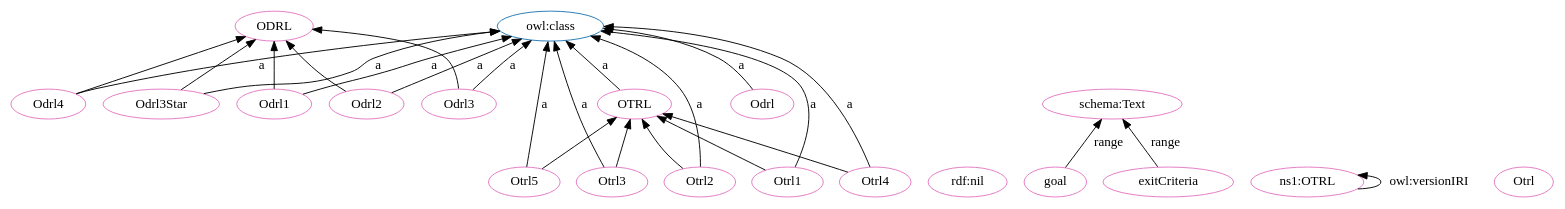
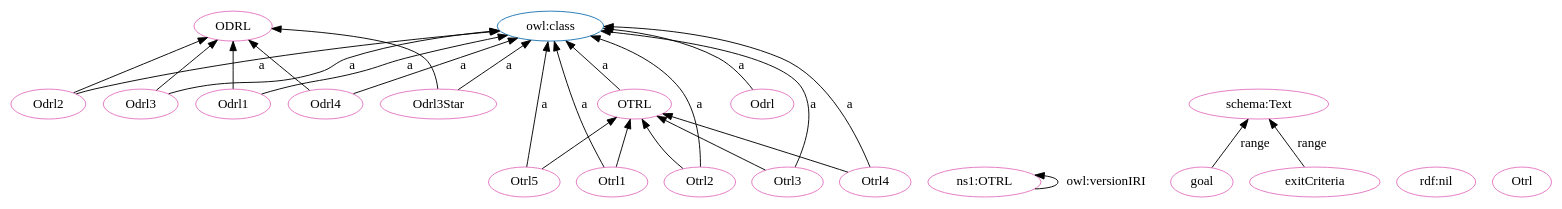
Before and after one commit to OPEN-NEXT/OKH-LOSH: the diagram in OTRL-clean.dot, drawn with Graphviz. The commit also changed other lines of this file and 15 other files, not shown here.

```diff
--- a/OTRL-clean.dot
+++ b/OTRL-clean.dot
@@ -1,51 +1,51 @@
 digraph G {
   rankdir=BT
   node[height=.3]
 "http://purl.org/oseg/ontologies/OTRL#OTRL" [fillcolor="#1f77b4" color="#1f77b4" label="OTRL"]
 "http://www.w3.org/2002/07/owl#class" [fillcolor="#1f77b4" color="#1f77b4" label="owl:class"]
 "http://purl.org/oseg/ontologies/OTRL#ODRL" [fillcolor="#1f77b4" color="#1f77b4" label="ODRL"]
+"http://purl.org/oseg/ontologies/OTRL" [fillcolor="#e377c2" color="#e377c2" label="ns1:OTRL"]
+"http://schema.org/Text" [fillcolor="#e377c2" color="#e377c2" label="schema:Text"]
+"http://purl.org/oseg/ontologies/OTRL#OTRL" [fillcolor="#e377c2" color="#e377c2" label="OTRL"]
+"http://purl.org/oseg/ontologies/OTRL#ODRL" [fillcolor="#e377c2" color="#e377c2" label="ODRL"]
+"http://purl.org/oseg/ontologies/OTRL#Odrl3" [fillcolor="#e377c2" color="#e377c2" label="Odrl3"]
 "http://www.w3.org/1999/02/22-rdf-syntax-ns#nil" [fillcolor="#e377c2" color="#e377c2" label="rdf:nil"]
-"http://purl.org/oseg/ontologies/OTRL#OTRL" [fillcolor="#e377c2" color="#e377c2" label="OTRL"]
-"http://purl.org/oseg/ontologies/OTRL#Odrl3Star" [fillcolor="#e377c2" color="#e377c2" label="Odrl3Star"]
 "http://purl.org/oseg/ontologies/OTRL#Otrl2" [fillcolor="#e377c2" color="#e377c2" label="Otrl2"]
+"http://purl.org/oseg/ontologies/OTRL#Odrl2" [fillcolor="#e377c2" color="#e377c2" label="Odrl2"]
 "http://purl.org/oseg/ontologies/OTRL#goal" [fillcolor="#e377c2" color="#e377c2" label="goal"]
-"http://purl.org/oseg/ontologies/OTRL#ODRL" [fillcolor="#e377c2" color="#e377c2" label="ODRL"]
 "http://purl.org/oseg/ontologies/OTRL#Odrl" [fillcolor="#e377c2" color="#e377c2" label="Odrl"]
 "http://purl.org/oseg/ontologies/OTRL#Odrl4" [fillcolor="#e377c2" color="#e377c2" label="Odrl4"]
-"http://schema.org/Text" [fillcolor="#e377c2" color="#e377c2" label="schema:Text"]
-"http://purl.org/oseg/ontologies/OTRL" [fillcolor="#e377c2" color="#e377c2" label="ns1:OTRL"]
+"http://purl.org/oseg/ontologies/OTRL#Otrl1" [fillcolor="#e377c2" color="#e377c2" label="Otrl1"]
+"http://purl.org/oseg/ontologies/OTRL#Otrl4" [fillcolor="#e377c2" color="#e377c2" label="Otrl4"]
+"http://purl.org/oseg/ontologies/OTRL#Otrl" [fillcolor="#e377c2" color="#e377c2" label="Otrl"]
+"http://purl.org/oseg/ontologies/OTRL#Odrl1" [fillcolor="#e377c2" color="#e377c2" label="Odrl1"]
+"http://purl.org/oseg/ontologies/OTRL#Otrl5" [fillcolor="#e377c2" color="#e377c2" label="Otrl5"]
 "http://purl.org/oseg/ontologies/OTRL#exitCriteria" [fillcolor="#e377c2" color="#e377c2" label="exitCriteria"]
-"http://purl.org/oseg/ontologies/OTRL#Odrl2" [fillcolor="#e377c2" color="#e377c2" label="Odrl2"]
+"http://purl.org/oseg/ontologies/OTRL#Odrl3Star" [fillcolor="#e377c2" color="#e377c2" label="Odrl3Star"]
 "http://purl.org/oseg/ontologies/OTRL#Otrl3" [fillcolor="#e377c2" color="#e377c2" label="Otrl3"]
-"http://purl.org/oseg/ontologies/OTRL#Odrl3" [fillcolor="#e377c2" color="#e377c2" label="Odrl3"]
-"http://purl.org/oseg/ontologies/OTRL#Otrl4" [fillcolor="#e377c2" color="#e377c2" label="Otrl4"]
-"http://purl.org/oseg/ontologies/OTRL#Otrl5" [fillcolor="#e377c2" color="#e377c2" label="Otrl5"]
-"http://purl.org/oseg/ontologies/OTRL#Odrl1" [fillcolor="#e377c2" color="#e377c2" label="Odrl1"]
-"http://purl.org/oseg/ontologies/OTRL#Otrl" [fillcolor="#e377c2" color="#e377c2" label="Otrl"]
-"http://purl.org/oseg/ontologies/OTRL#Otrl1" [fillcolor="#e377c2" color="#e377c2" label="Otrl1"]
+  "http://purl.org/oseg/ontologies/OTRL" -> "http://purl.org/oseg/ontologies/OTRL" [label="owl:versionIRI"]
+  "http://purl.org/oseg/ontologies/OTRL#Odrl3" -> "http://www.w3.org/2002/07/owl#class" [label="a"]
+  "http://purl.org/oseg/ontologies/OTRL#OTRL" -> "http://www.w3.org/2002/07/owl#class" [label="a"]
+  "http://purl.org/oseg/ontologies/OTRL#Otrl1" -> "http://www.w3.org/2002/07/owl#class" [label="a"]
+  "http://purl.org/oseg/ontologies/OTRL#Otrl4" -> "http://www.w3.org/2002/07/owl#class" [label="a"]
+  "http://purl.org/oseg/ontologies/OTRL#Otrl1" -> "http://purl.org/oseg/ontologies/OTRL#OTRL" [label=""]
+  "http://purl.org/oseg/ontologies/OTRL#Otrl3" -> "http://www.w3.org/2002/07/owl#class" [label="a"]
+  "http://purl.org/oseg/ontologies/OTRL#Odrl4" -> "http://purl.org/oseg/ontologies/OTRL#ODRL" [label=""]
+  "http://purl.org/oseg/ontologies/OTRL#Odrl" -> "http://www.w3.org/2002/07/owl#class" [label="a"]
+  "http://purl.org/oseg/ontologies/OTRL#goal" -> "http://schema.org/Text" [label="range"]
+  "http://purl.org/oseg/ontologies/OTRL#Otrl4" -> "http://purl.org/oseg/ontologies/OTRL#OTRL" [label=""]
+  "http://purl.org/oseg/ontologies/OTRL#Odrl2" -> "http://purl.org/oseg/ontologies/OTRL#ODRL" [label=""]
   "http://purl.org/oseg/ontologies/OTRL#Otrl2" -> "http://www.w3.org/2002/07/owl#class" [label="a"]
+  "http://purl.org/oseg/ontologies/OTRL#Odrl2" -> "http://www.w3.org/2002/07/owl#class" [label="a"]
+  "http://purl.org/oseg/ontologies/OTRL#exitCriteria" -> "http://schema.org/Text" [label="range"]
+  "http://purl.org/oseg/ontologies/OTRL#Otrl3" -> "http://purl.org/oseg/ontologies/OTRL#OTRL" [label=""]
+  "http://purl.org/oseg/ontologies/OTRL#Odrl4" -> "http://www.w3.org/2002/07/owl#class" [label="a"]
+  "http://purl.org/oseg/ontologies/OTRL#Odrl1" -> "http://purl.org/oseg/ontologies/OTRL#ODRL" [label=""]
+  "http://purl.org/oseg/ontologies/OTRL#Otrl2" -> "http://purl.org/oseg/ontologies/OTRL#OTRL" [label=""]
+  "http://purl.org/oseg/ontologies/OTRL#Odrl1" -> "http://www.w3.org/2002/07/owl#class" [label="a"]
+  "http://purl.org/oseg/ontologies/OTRL#Otrl5" -> "http://www.w3.org/2002/07/owl#class" [label="a"]
+  "http://purl.org/oseg/ontologies/OTRL#Odrl3Star" -> "http://purl.org/oseg/ontologies/OTRL#ODRL" [label=""]
   "http://purl.org/oseg/ontologies/OTRL#Odrl3" -> "http://purl.org/oseg/ontologies/OTRL#ODRL" [label=""]
-  "http://purl.org/oseg/ontologies/OTRL#OTRL" -> "http://www.w3.org/2002/07/owl#class" [label="a"]
-  "http://purl.org/oseg/ontologies/OTRL" -> "http://purl.org/oseg/ontologies/OTRL" [label="owl:versionIRI"]
-  "http://purl.org/oseg/ontologies/OTRL#Otrl2" -> "http://purl.org/oseg/ontologies/OTRL#OTRL" [label=""]
-  "http://purl.org/oseg/ontologies/OTRL#goal" -> "http://schema.org/Text" [label="range"]
-  "http://purl.org/oseg/ontologies/OTRL#Otrl3" -> "http://www.w3.org/2002/07/owl#class" [label="a"]
-  "http://purl.org/oseg/ontologies/OTRL#Odrl3" -> "http://www.w3.org/2002/07/owl#class" [label="a"]
-  "http://purl.org/oseg/ontologies/OTRL#Otrl4" -> "http://purl.org/oseg/ontologies/OTRL#OTRL" [label=""]
-  "http://purl.org/oseg/ontologies/OTRL#Otrl1" -> "http://purl.org/oseg/ontologies/OTRL#OTRL" [label=""]
-  "http://purl.org/oseg/ontologies/OTRL#Otrl5" -> "http://www.w3.org/2002/07/owl#class" [label="a"]
-  "http://purl.org/oseg/ontologies/OTRL#Odrl1" -> "http://purl.org/oseg/ontologies/OTRL#ODRL" [label=""]
-  "http://purl.org/oseg/ontologies/OTRL#Odrl4" -> "http://purl.org/oseg/ontologies/OTRL#ODRL" [label=""]
-  "http://purl.org/oseg/ontologies/OTRL#Otrl3" -> "http://purl.org/oseg/ontologies/OTRL#OTRL" [label=""]
   "http://purl.org/oseg/ontologies/OTRL#Odrl3Star" -> "http://www.w3.org/2002/07/owl#class" [label="a"]
-  "http://purl.org/oseg/ontologies/OTRL#Odrl4" -> "http://www.w3.org/2002/07/owl#class" [label="a"]
-  "http://purl.org/oseg/ontologies/OTRL#exitCriteria" -> "http://schema.org/Text" [label="range"]
-  "http://purl.org/oseg/ontologies/OTRL#Odrl" -> "http://www.w3.org/2002/07/owl#class" [label="a"]
-  "http://purl.org/oseg/ontologies/OTRL#Odrl2" -> "http://www.w3.org/2002/07/owl#class" [label="a"]
   "http://purl.org/oseg/ontologies/OTRL#Otrl5" -> "http://purl.org/oseg/ontologies/OTRL#OTRL" [label=""]
-  "http://purl.org/oseg/ontologies/OTRL#Otrl4" -> "http://www.w3.org/2002/07/owl#class" [label="a"]
-  "http://purl.org/oseg/ontologies/OTRL#Odrl1" -> "http://www.w3.org/2002/07/owl#class" [label="a"]
-  "http://purl.org/oseg/ontologies/OTRL#Odrl3Star" -> "http://purl.org/oseg/ontologies/OTRL#ODRL" [label=""]
-  "http://purl.org/oseg/ontologies/OTRL#Otrl1" -> "http://www.w3.org/2002/07/owl#class" [label="a"]
-  "http://purl.org/oseg/ontologies/OTRL#Odrl2" -> "http://purl.org/oseg/ontologies/OTRL#ODRL" [label=""]
 }
```
